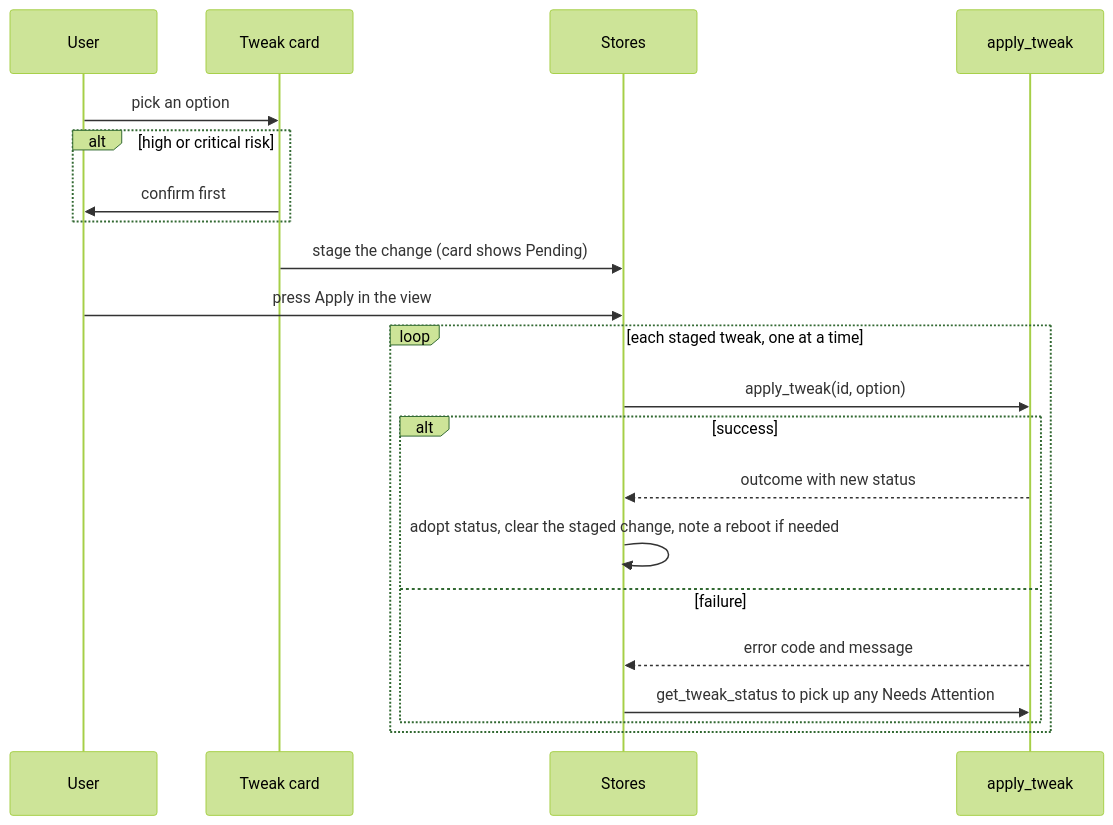
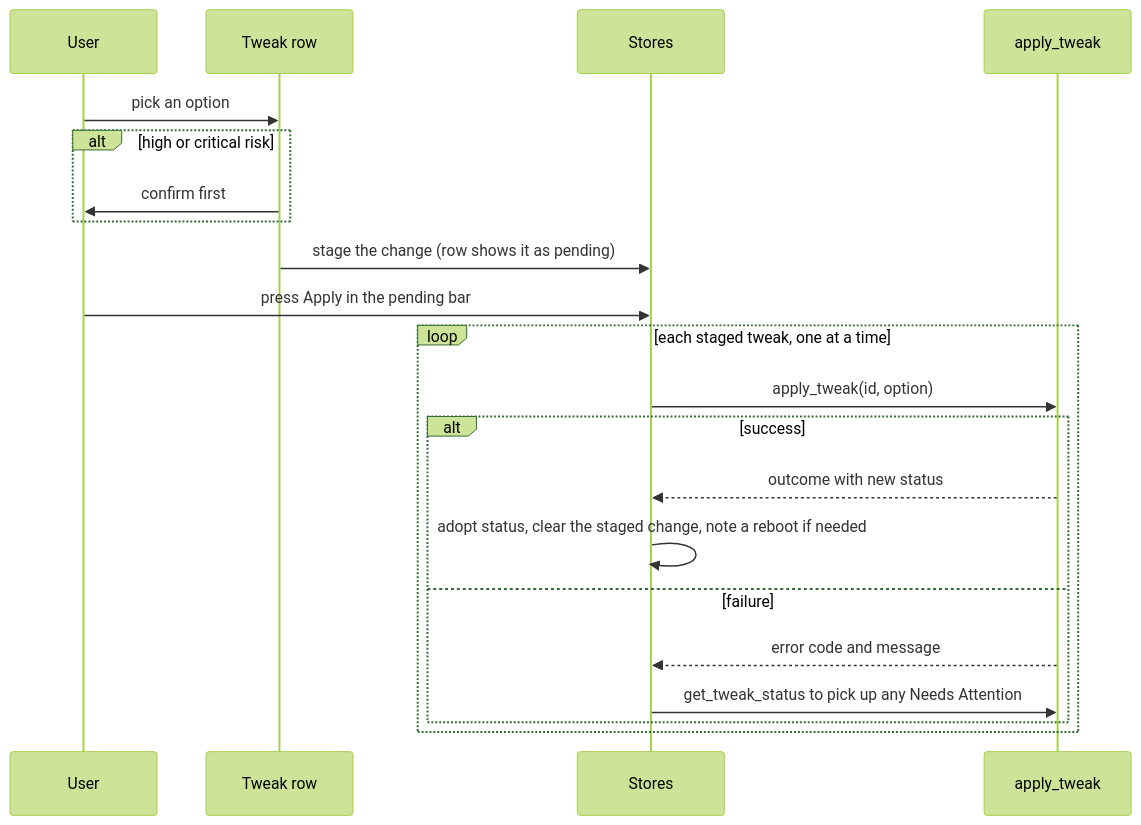
Before and after one commit to ehsan18t/magicx-toolbox-gui: the second of 2 diagrams in docs/architecture/tweak/commands-and-ui.md, drawn with Mermaid (forest theme). The commit also changed other lines of this file and 337 other files, not shown here.

````diff
--- a/docs/architecture/tweak/commands-and-ui.md
+++ b/docs/architecture/tweak/commands-and-ui.md
@@ -69,23 +69,23 @@
 ```mermaid
 sequenceDiagram
   participant U as User
-  participant Card as Tweak card
+  participant Row as Tweak row
   participant Store as Stores
   participant CMD as apply_tweak
-  U->>Card: pick an option
+  U->>Row: pick an option
   alt high or critical risk
-    Card->>U: confirm first
+    Row->>U: confirm first
   end
-  Card->>Store: stage the change (card shows Pending)
-  U->>Store: press Apply in the view
+  Row->>Store: stage the change (row shows it as pending)
+  U->>Store: press Apply in the pending bar
   loop each staged tweak, one at a time
     Store->>CMD: apply_tweak(id, option)
     alt success
       CMD-->>Store: outcome with new status
       Store->>Store: adopt status, clear the staged change, note a reboot if needed
     else failure
       CMD-->>Store: error code and message
       Store->>CMD: get_tweak_status to pick up any Needs Attention
     end
   end
 ```
````
